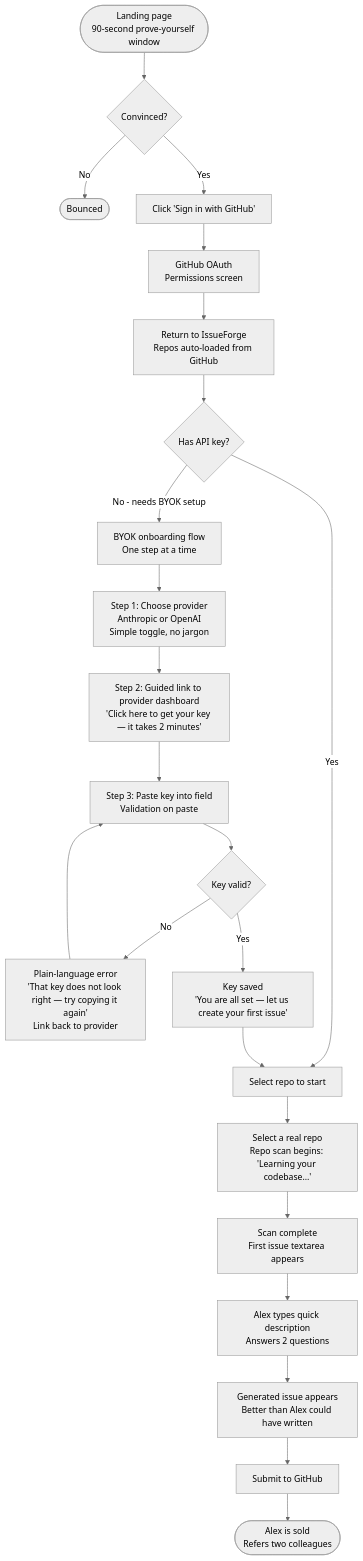
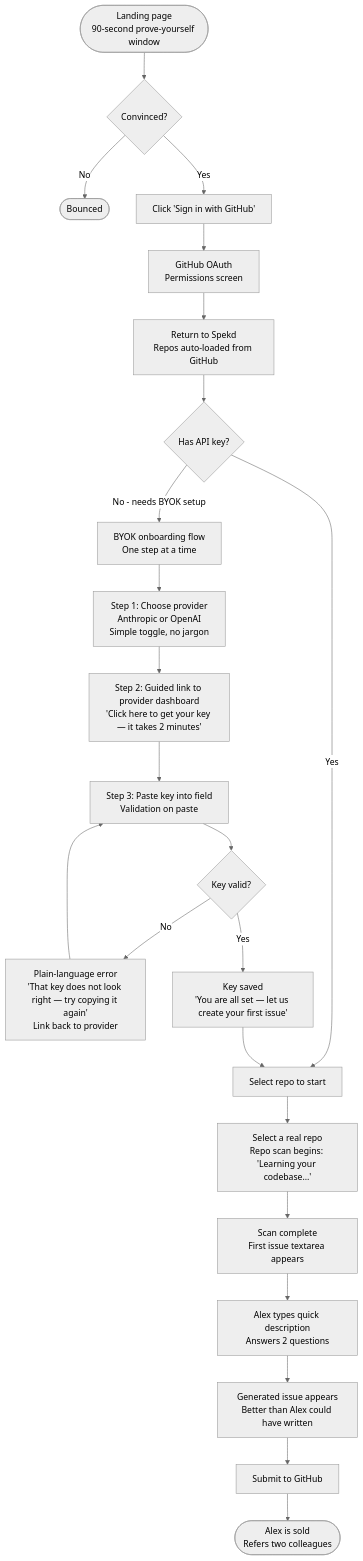
One commit to zane-montelli/issueforge changed the third of 7 diagrams in _bmad-output/planning-artifacts/ux-design-specification.md. Above: the diagram before and after it, drawn with Mermaid (neutral theme). The commit also changed other lines of this file and 5 other files, not shown here.

Commit message:
Rebrand the product from IssueForge to Spekd with a complete product overhaul

````diff
--- a/_bmad-output/planning-artifacts/ux-design-specification.md
+++ b/_bmad-output/planning-artifacts/ux-design-specification.md
@@ -640,25 +686,25 @@
 ```mermaid
 flowchart TD
     A([Landing page\n90-second prove-yourself window]) --> B{Convinced?}
     B -->|No| Z([Bounced])
     B -->|Yes| C[Click 'Sign in with GitHub']
     C --> D[GitHub OAuth\nPermissions screen]
-    D --> E[Return to IssueForge\nRepos auto-loaded from GitHub]
+    D --> E[Return to Spekd\nRepos auto-loaded from GitHub]
     E --> F{Has API key?}
     F -->|Yes| I[Select repo to start]
     F -->|No - needs BYOK setup| G[BYOK onboarding flow\nOne step at a time]
     G --> G1[Step 1: Choose provider\nAnthropic or OpenAI\nSimple toggle, no jargon]
     G1 --> G2[Step 2: Guided link to provider dashboard\n'Click here to get your key — it takes 2 minutes']
     G2 --> G3[Step 3: Paste key into field\nValidation on paste]
     G3 --> G4{Key valid?}
     G4 -->|No| G5[Plain-language error\n'That key does not look right — try copying it again'\nLink back to provider]
     G5 --> G3
     G4 -->|Yes| H[Key saved\n'You are all set — let us create your first issue']
     H --> I
     I --> J[Select a real repo\nRepo scan begins: 'Learning your codebase…']
     J --> K[Scan complete\nFirst issue textarea appears]
     K --> L[Alex types quick description\nAnswers 2 questions]
     L --> M[Generated issue appears\nBetter than Alex could have written]
     M --> N[Submit to GitHub]
     N --> O([Alex is sold\nRefers two colleagues])
 ```
````
